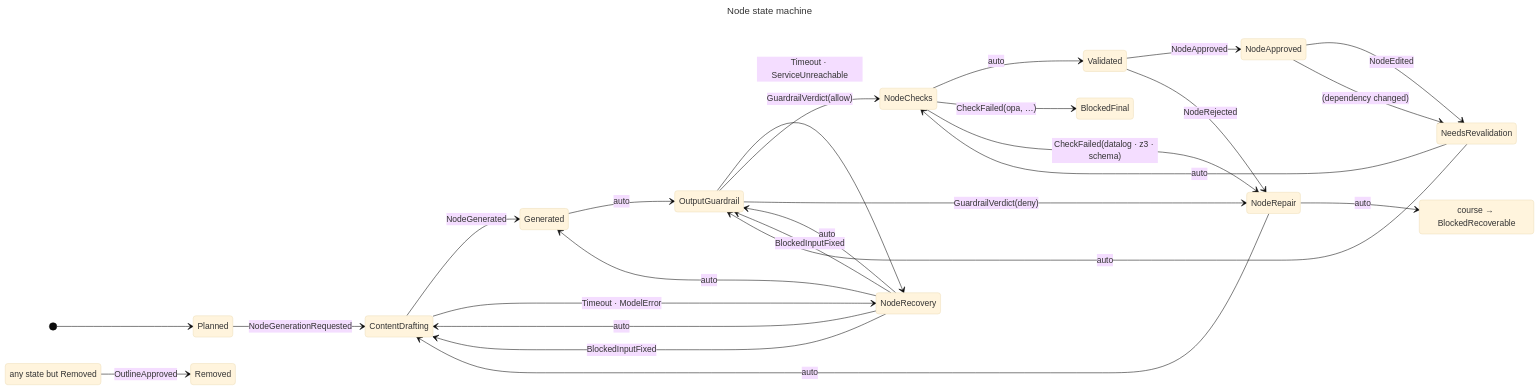
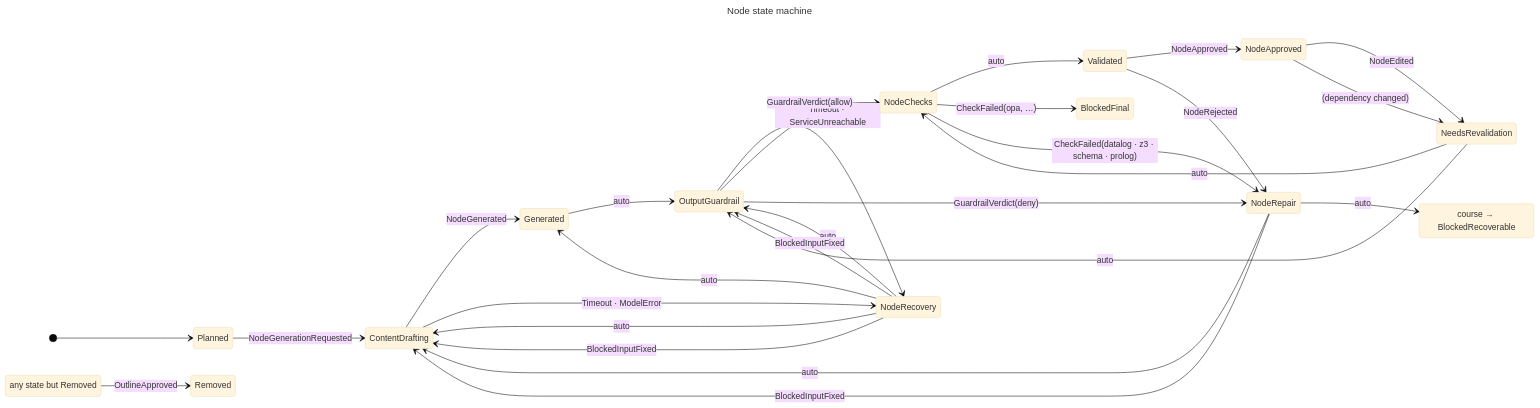
Before and after one commit to Magru/governed-ai-course-generator: the second of 3 diagrams in model/diagrams.md, drawn with Mermaid (base theme). The commit also changed other lines of this file and 17 other files, not shown here.

````diff
--- a/model/diagrams.md
+++ b/model/diagrams.md
@@ -87,36 +90,37 @@
 ```mermaid
 ---
 title: Node state machine
 ---
 stateDiagram-v2
     direction LR
     state "any state but Removed" as XanystatebutRemoved
     state "course → BlockedRecoverable" as XcourseBlockedRecoverable
 
     [*] --> Planned
 
     Planned --> ContentDrafting : NodeGenerationRequested
     ContentDrafting --> Generated : NodeGenerated
     ContentDrafting --> NodeRecovery : Timeout · ModelError
     Generated --> OutputGuardrail : auto
     OutputGuardrail --> NodeRecovery : Timeout · ServiceUnreachable
     NodeRecovery --> Generated : auto
     NodeRecovery --> ContentDrafting : auto
     NodeRecovery --> OutputGuardrail : auto
     NodeRecovery --> ContentDrafting : BlockedInputFixed
     NodeRecovery --> OutputGuardrail : BlockedInputFixed
     OutputGuardrail --> NodeChecks : GuardrailVerdict(allow)
     OutputGuardrail --> NodeRepair : GuardrailVerdict(deny)
     NodeChecks --> Validated : auto
     NodeChecks --> BlockedFinal : CheckFailed(opa, …)
-    NodeChecks --> NodeRepair : CheckFailed(datalog · z3 · schema)
+    NodeChecks --> NodeRepair : CheckFailed(datalog · z3 · schema · prolog)
     NodeRepair --> ContentDrafting : auto
     NodeRepair --> XcourseBlockedRecoverable : auto
+    NodeRepair --> ContentDrafting : BlockedInputFixed
     Validated --> NodeApproved : NodeApproved
     Validated --> NodeRepair : NodeRejected
     NodeApproved --> NeedsRevalidation : NodeEdited
     NodeApproved --> NeedsRevalidation : (dependency changed)
     NeedsRevalidation --> OutputGuardrail : auto
     NeedsRevalidation --> NodeChecks : auto
     XanystatebutRemoved --> Removed : OutlineApproved
 ```
````
